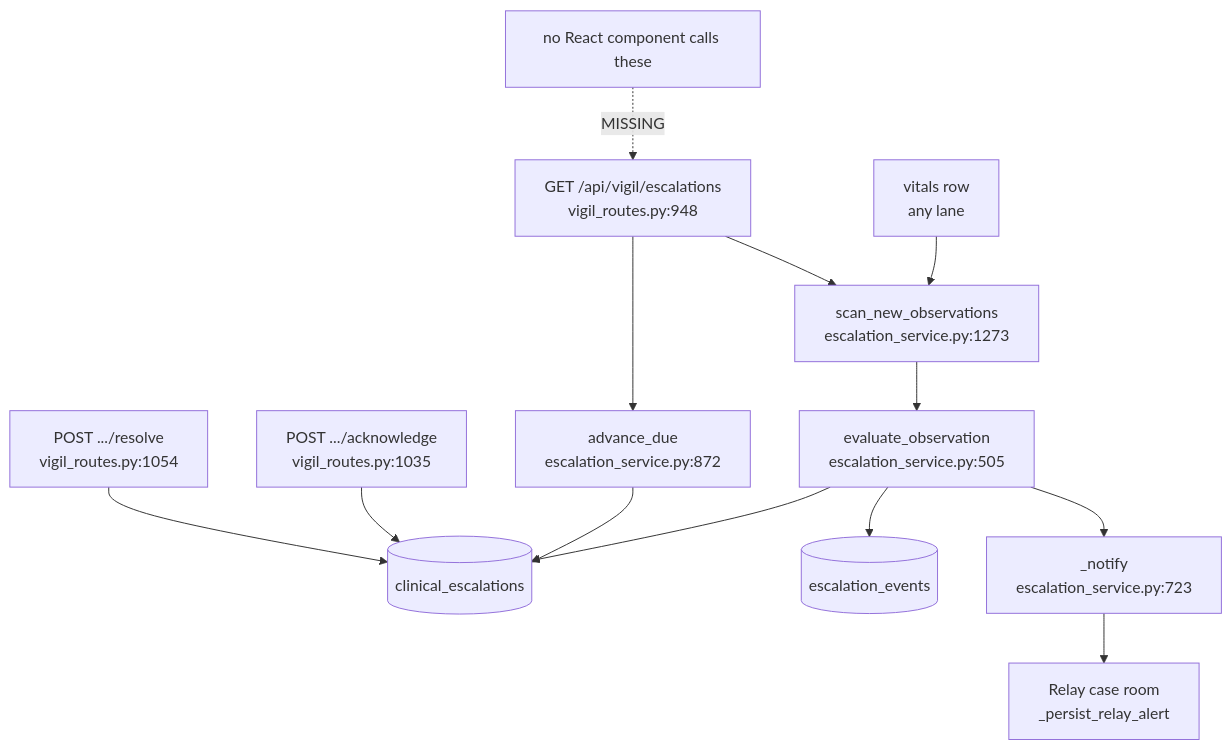
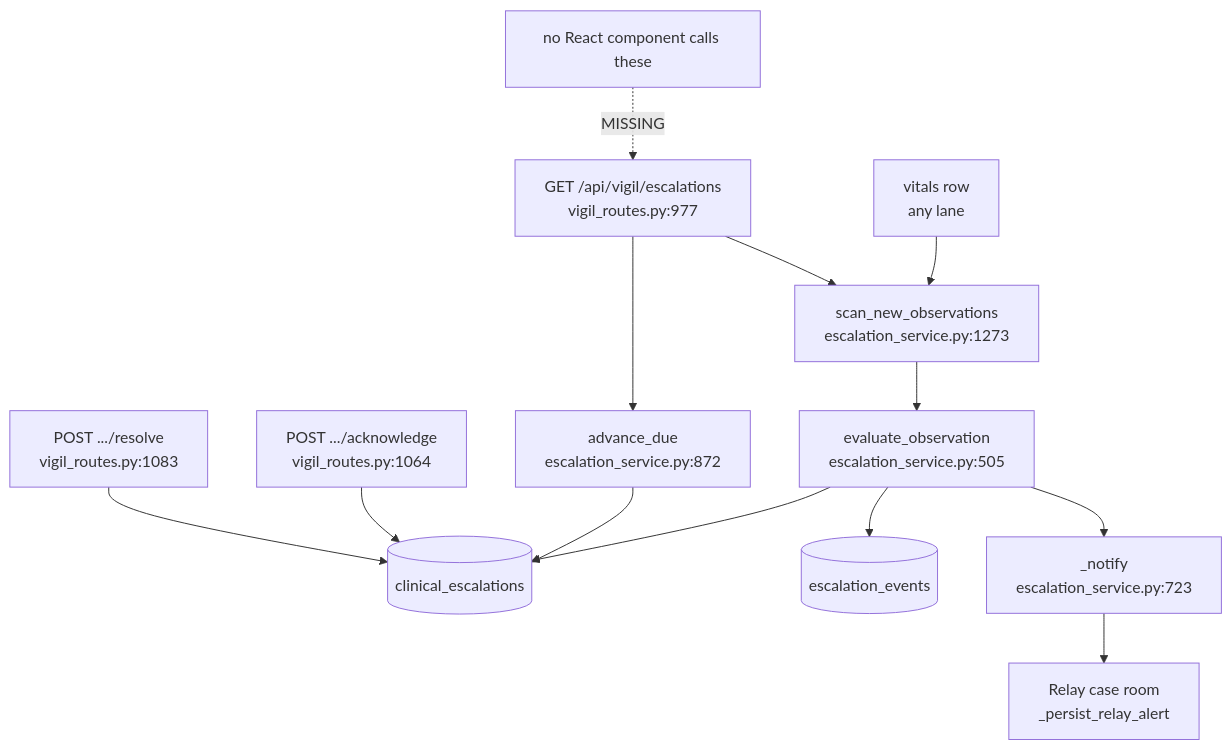
One commit to samuelmorningstar23/Orb changed the first of 2 diagrams in docs/guide/32-escalation-chain.md. Above: the diagram before and after it, drawn with Mermaid. The commit also changed other lines of this file and 183 other files, not shown here.

````diff
--- a/docs/guide/32-escalation-chain.md
+++ b/docs/guide/32-escalation-chain.md
@@ -30,15 +30,15 @@
 ```mermaid
 graph TD
   V[vitals row<br/>any lane] --> SCAN[scan_new_observations<br/>escalation_service.py:1273]
   SCAN --> EVAL[evaluate_observation<br/>escalation_service.py:505]
   EVAL --> CE[(clinical_escalations)]
   EVAL --> EV[(escalation_events)]
   EVAL --> NOTIFY[_notify<br/>escalation_service.py:723]
   NOTIFY --> RELAY[Relay case room<br/>_persist_relay_alert]
   CLOCK[advance_due<br/>escalation_service.py:872] --> CE
-  READ[GET /api/vigil/escalations<br/>vigil_routes.py:948] --> CLOCK
+  READ[GET /api/vigil/escalations<br/>vigil_routes.py:977] --> CLOCK
   READ --> SCAN
-  ACK[POST .../acknowledge<br/>vigil_routes.py:1035] --> CE
-  RES[POST .../resolve<br/>vigil_routes.py:1054] --> CE
+  ACK[POST .../acknowledge<br/>vigil_routes.py:1064] --> CE
+  RES[POST .../resolve<br/>vigil_routes.py:1083] --> CE
   UI[no React component calls these] -.->|MISSING| READ
 ```
````
